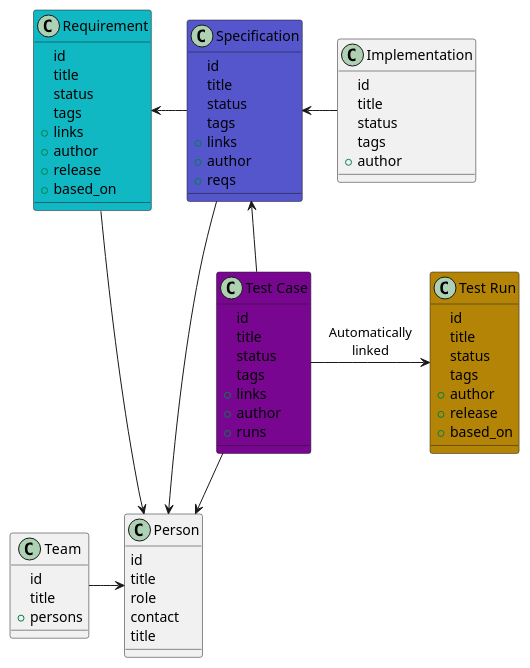
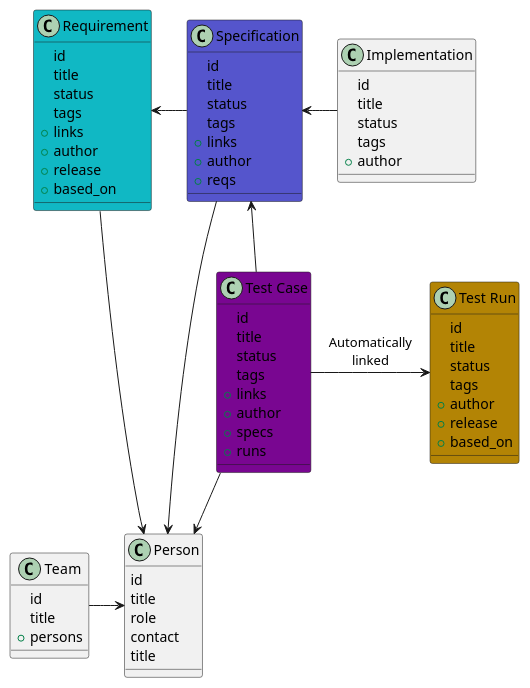
Before and after one commit to useblocks/sphinx-needs-demo: the diagram in docs/index.rst, drawn with PlantUML. The commit also changed other lines of this file and 12 other files, not shown here.

```diff
--- a/docs/index.rst
+++ b/docs/index.rst
@@ -85,6 +90,7 @@
       tags
       +links
       +author
+      +specs
       +runs
    }
 
```
